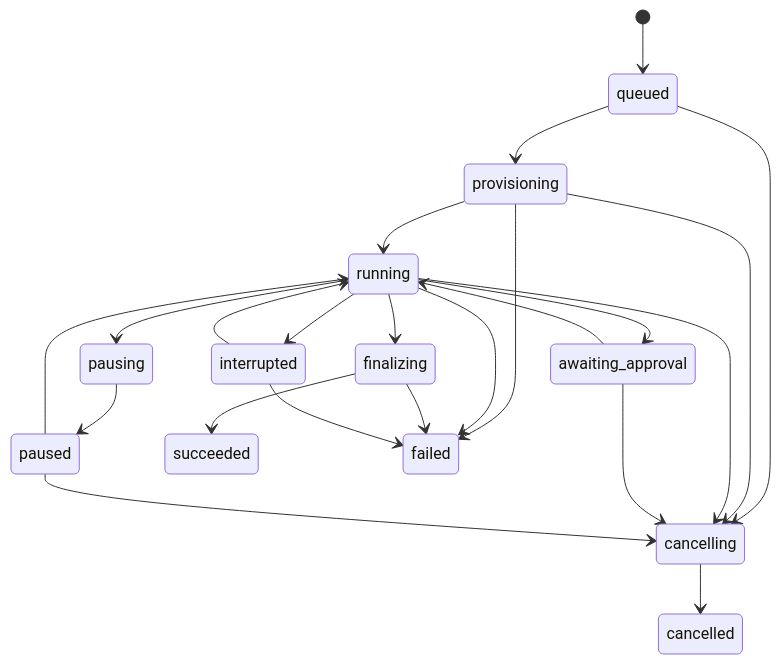
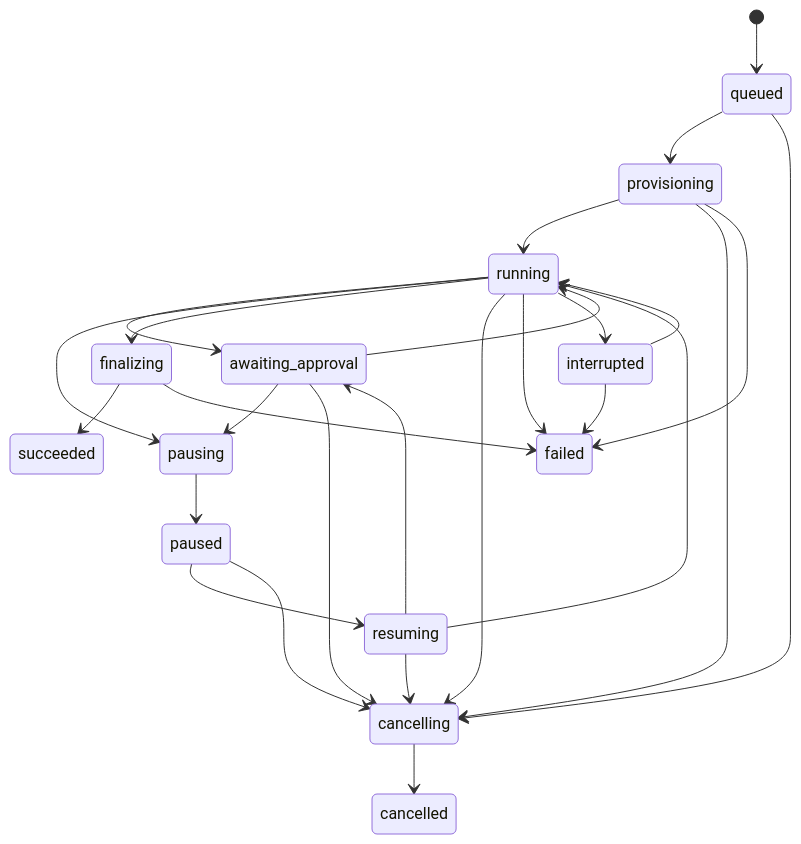
The second of 2 diagrams in platform/agent-platform/SDD.md (fallrising/newclear), drawn with Mermaid before and after one commit. The commit also changed other lines of this file and 33 other files, not shown here.

````diff
--- a/platform/agent-platform/SDD.md
+++ b/platform/agent-platform/SDD.md
@@ -228,25 +228,29 @@
 ```mermaid
 stateDiagram-v2
     [*] --> queued
     queued --> provisioning
     provisioning --> running
     running --> awaiting_approval
     awaiting_approval --> running
     running --> pausing
     pausing --> paused
-    paused --> running
+    awaiting_approval --> pausing
+    paused --> resuming
+    resuming --> running
+    resuming --> awaiting_approval
+    resuming --> cancelling
     running --> finalizing
     finalizing --> succeeded
     queued --> cancelling
     provisioning --> cancelling
     running --> cancelling
     awaiting_approval --> cancelling
     paused --> cancelling
     cancelling --> cancelled
     provisioning --> failed
     running --> failed
     finalizing --> failed
     running --> interrupted
     interrupted --> running
     interrupted --> failed
 ```
````
